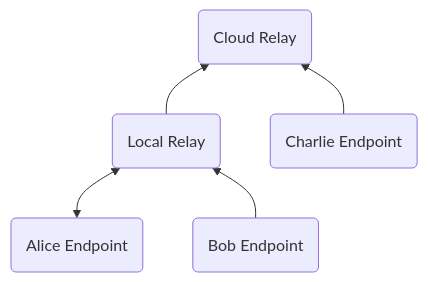
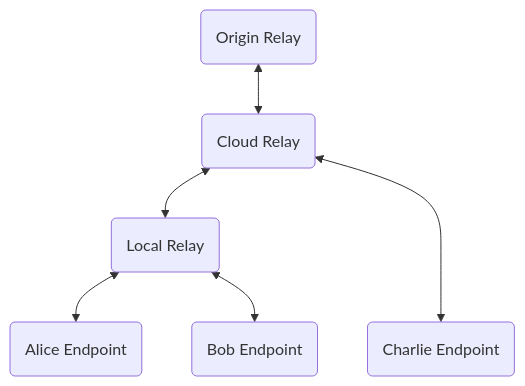
Before and after one commit to Quicr/new-qmsg: the first of 2 diagrams in doc/arch.md, drawn with Mermaid. The commit also changed other lines of this file, not shown here.

````diff
--- a/doc/arch.md
+++ b/doc/arch.md
@@ -17,7 +8,8 @@
 ```mermaid
-graph BT
-    A(Alice Endpoint) <--> LR(Local Relay) 
-    B(Bob Endpoint) --> LR
-    LR --> CR(Cloud Relay)
-    C(Charlie Endpoint) --> CR
+flowchart BT
+    A(Alice Endpoint) <--> LR(Local Relay)
+    B(Bob Endpoint) <--> LR
+    LR <--> CR(Cloud Relay)
+    CR <--> OR(Origin Relay)
+    C(Charlie Endpoint) <---> CR
 ```
````
